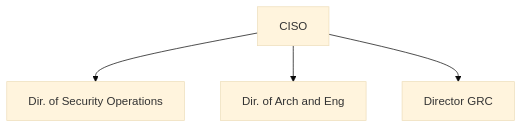
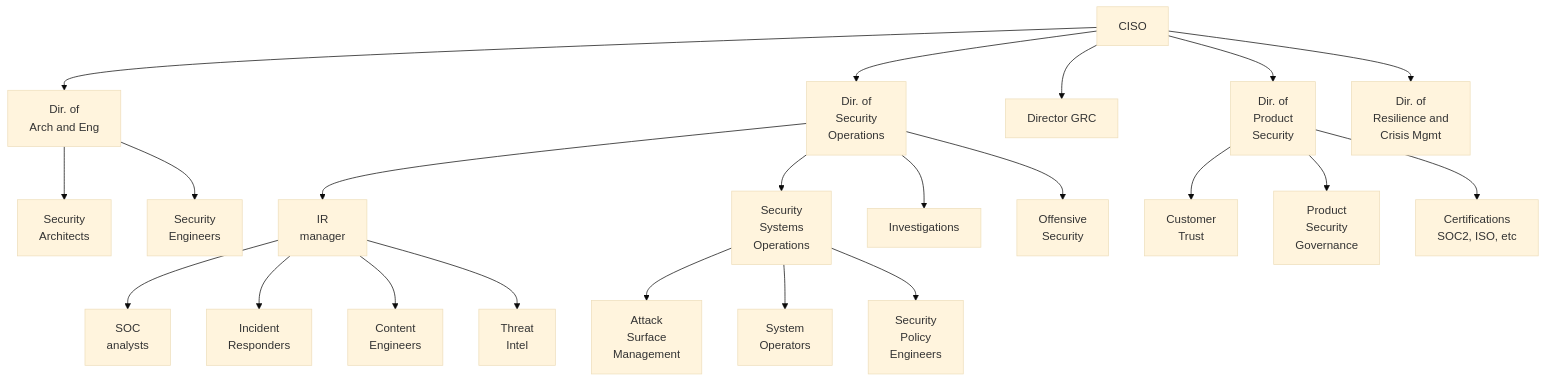
Before and after one commit to ktneely/blog9: the diagram in content/projects/CybersecurityLeadership/OrgStructure.md, drawn with Mermaid (base theme). The commit also changed other lines of this file, not shown here.

Commit message:
Update content content/projects/CybersecurityLeadership/OrgStructure.md

````diff
--- a/content/projects/CybersecurityLeadership/OrgStructure.md
+++ b/content/projects/CybersecurityLeadership/OrgStructure.md
@@ -3,5 +5,42 @@
 ```mermaid
 flowchart TD
 
-CISO --> dso[Dir. of Security Operations] & dea[Dir. of Arch and Eng] & dgrc[Director GRC]
+CISO --> dso[Dir. of 
+Security 
+Operations] & dea[Dir. of 
+Arch and Eng] & dgrc[Director GRC] & dps[Dir. of 
+Product 
+Security] & drcm[Dir. of 
+Resilience and 
+Crisis Mgmt]
+
+dea --> sa[Security 
+Architects] & se[Security 
+Engineers]
+
+dso --> cidr[IR 
+manager] & secsys[Security
+Systems
+Operations] & inv[Investigations] & offsec[Offensive 
+Security]
+
+cidr --> soc[SOC 
+analysts] & ir[Incident 
+Responders]  & ce[Content 
+Engineers] & ti[Threat 
+Intel]
+
+secsys --> asm[Attack 
+Surface 
+Management] & secsysop[System 
+Operators] & pe[Security 
+Policy 
+Engineers]
+
+dps --> ct[Customer 
+Trust] & ps[Product 
+Security
+Governance] & cert[Certifications
+SOC2, ISO, etc]
+
 ```
````
